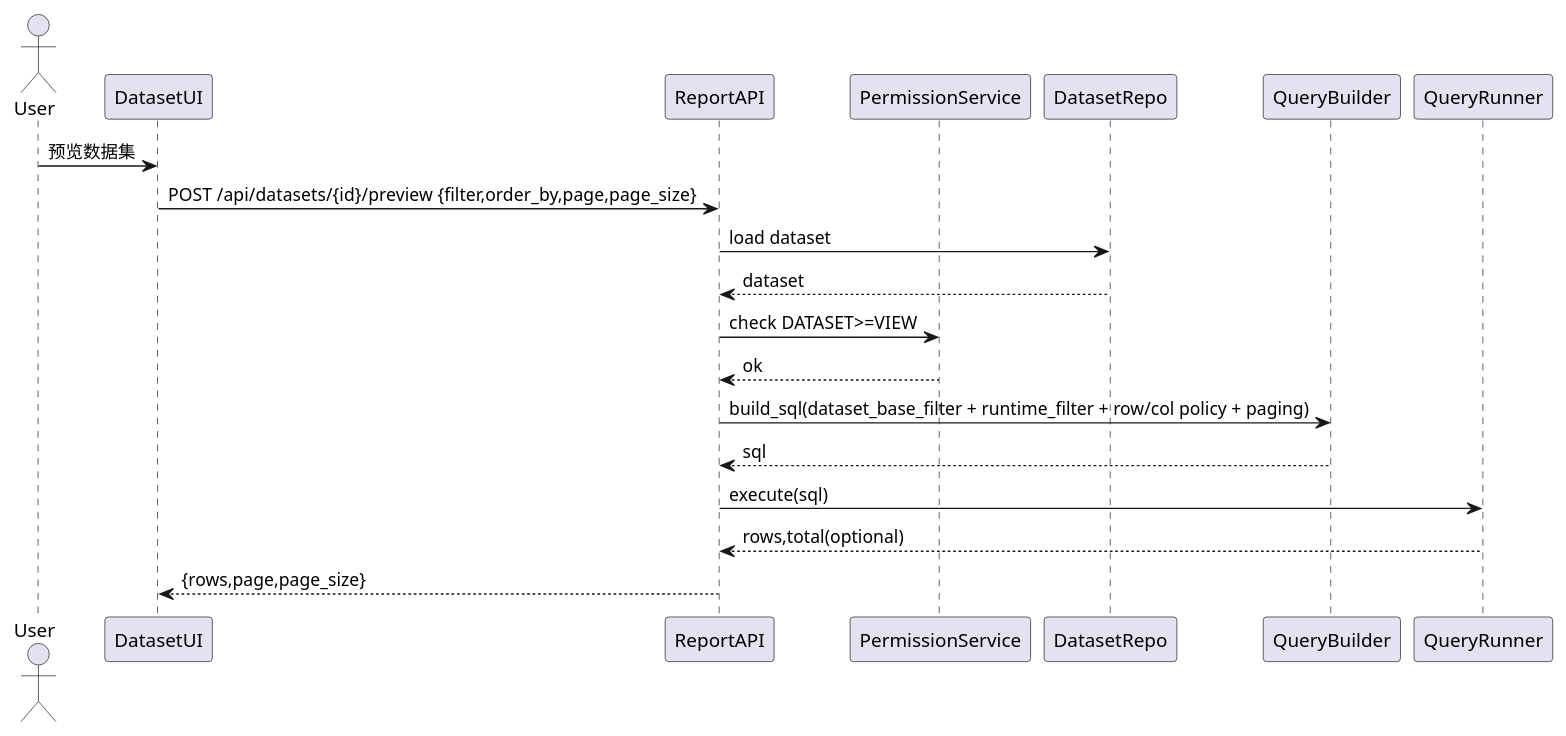
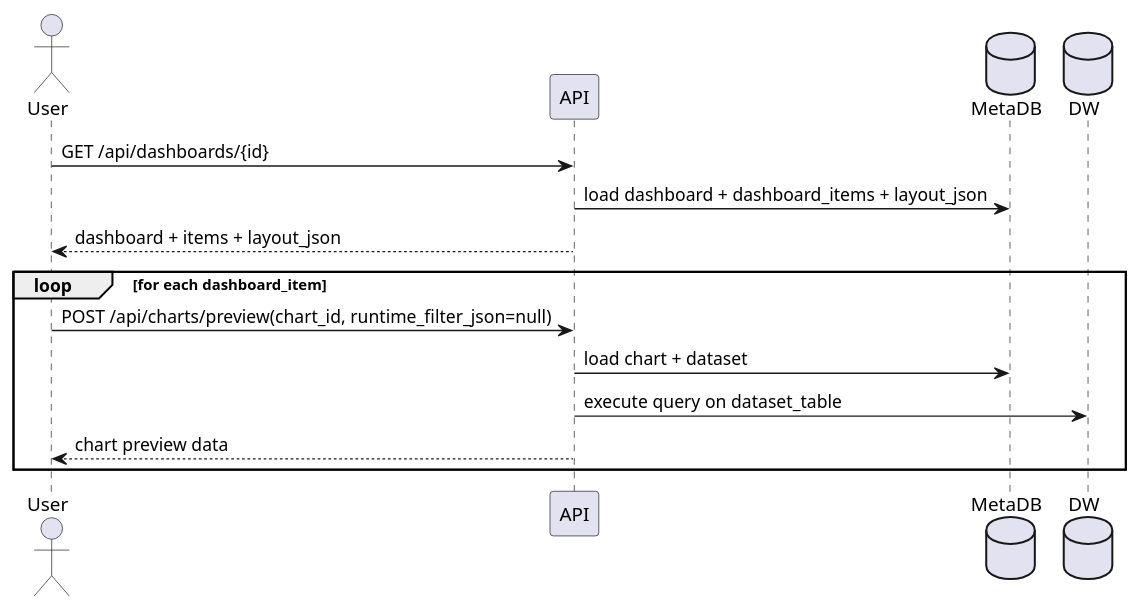
Diagram 26 of 29 in docs/tech.md (FangZiyong/grass), drawn with PlantUML before and after one commit. The commit also changed other lines of this file and 2 other files, not shown here.

````diff
--- a/docs/tech.md
+++ b/docs/tech.md
@@ -5320,23 +5789,20 @@
 ```plantuml
 @startuml
 actor User
-participant "DatasetUI" as UI
-participant "ReportAPI" as API
-participant "PermissionService" as PS
-participant "DatasetRepo" as DR
-participant "QueryBuilder" as QB
-participant "QueryRunner" as QR
+participant "API" as API
+database "MetaDB" as MDB
+database "DW" as DW
 
-User -> UI : 预览数据集
-UI -> API : POST /api/datasets/{id}/preview {filter,order_by,page,page_size}
-API -> DR : load dataset
-DR --> API : dataset
-API -> PS : check DATASET>=VIEW
-PS --> API : ok
-API -> QB : build_sql(dataset_base_filter + runtime_filter + row/col policy + paging)
-QB --> API : sql
-API -> QR : execute(sql)
-QR --> API : rows,total(optional)
-API --> UI : {rows,page,page_size}
+User -> API: GET /api/dashboards/{id}
+API -> MDB: load dashboard + dashboard_items + layout_json
+API --> User: dashboard + items + layout_json
+
+loop for each dashboard_item
+  User -> API: POST /api/charts/preview(chart_id, runtime_filter_json=null)
+  API -> MDB: load chart + dataset
+  API -> DW: execute query on dataset_table
+  API --> User: chart preview data
+end
+
 @enduml
 ```
````
